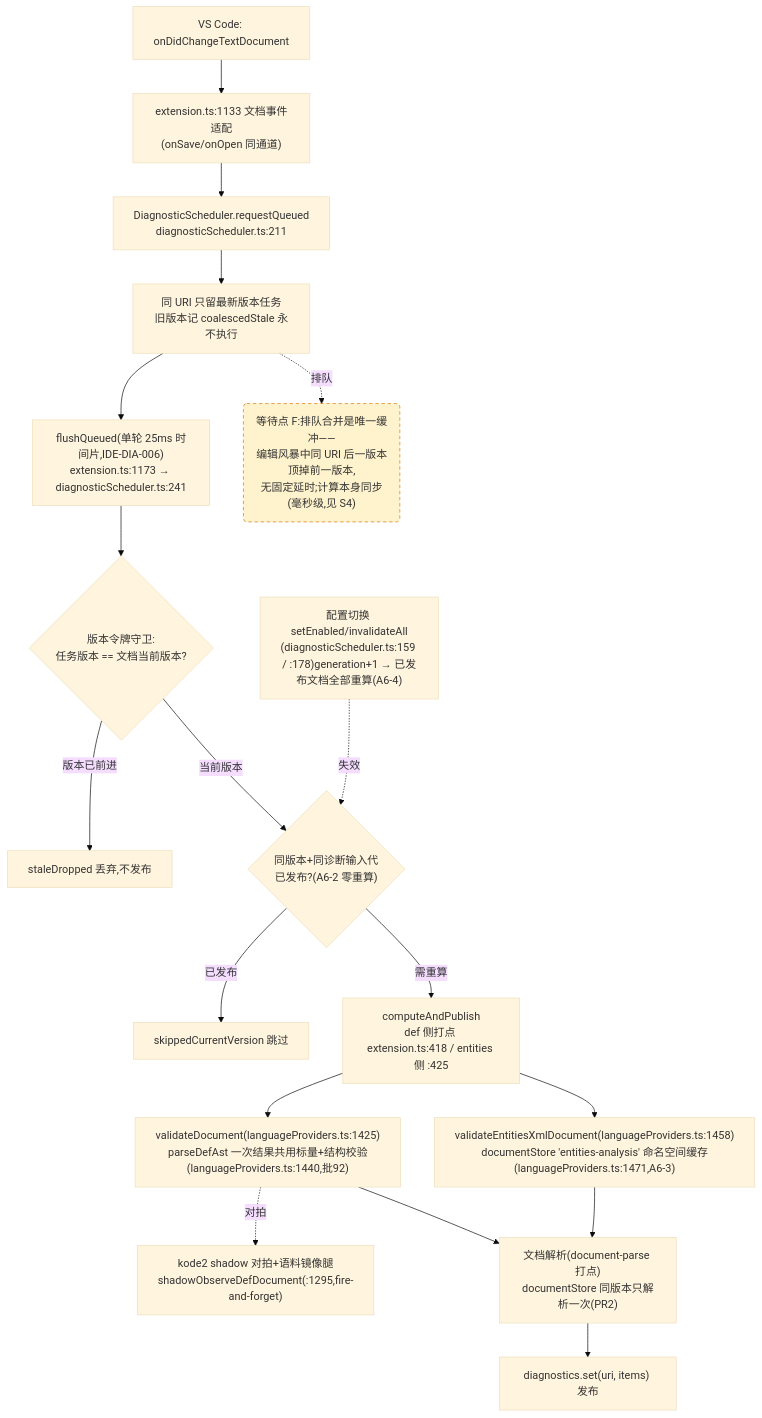
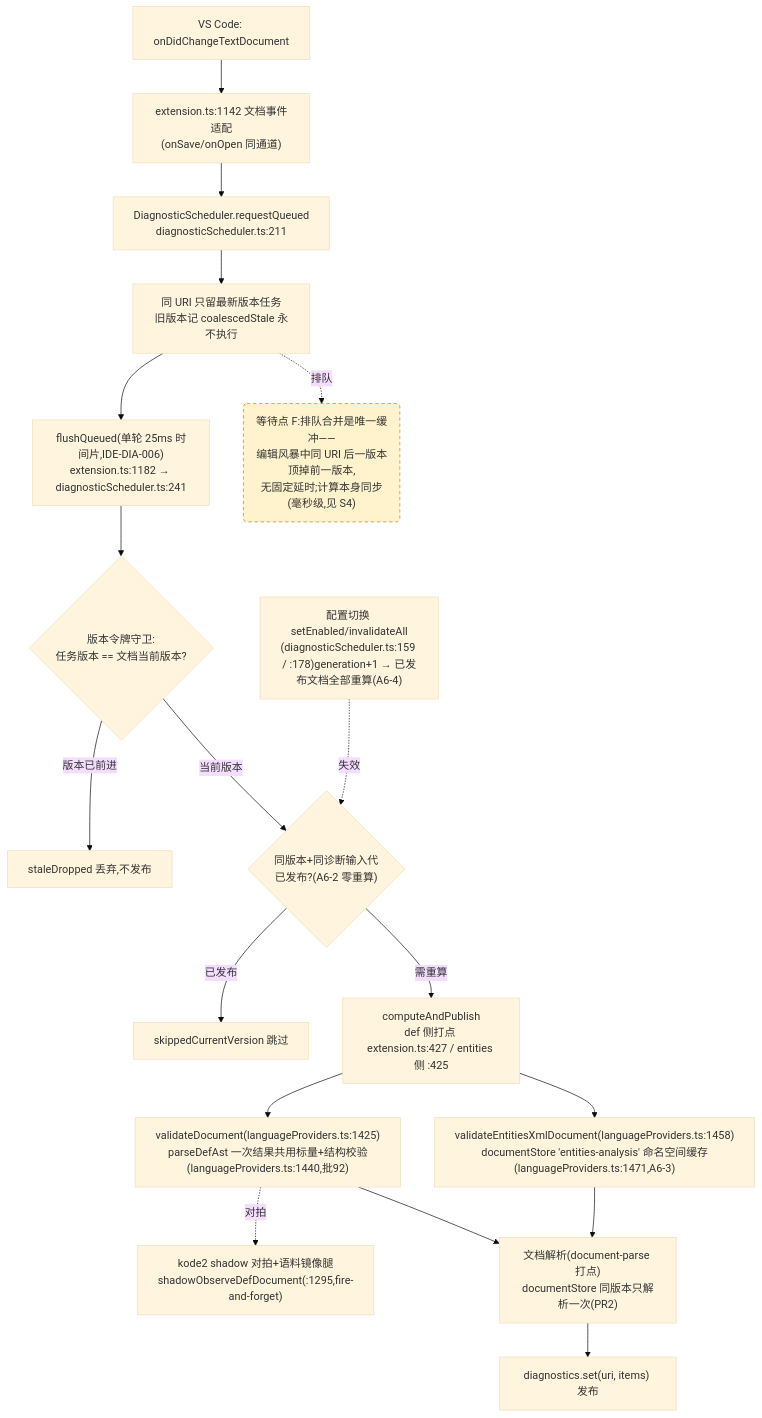
The fourth of 4 diagrams in docs/perf/2026-baseline.md (cuihairu/kode), drawn with Mermaid (base theme) before and after one commit. The commit also changed other lines of this file and 22 other files, not shown here.

````diff
--- a/docs/perf/2026-baseline.md
+++ b/docs/perf/2026-baseline.md
@@ -214,38 +214,38 @@
 ```mermaid
 flowchart TD
   CHG["VS Code: onDidChangeTextDocument"]
-  WATCH["extension.ts:1133 文档事件适配<br/>(onSave/onOpen 同通道)"]
+  WATCH["extension.ts:1142 文档事件适配<br/>(onSave/onOpen 同通道)"]
   RQ["DiagnosticScheduler.requestQueued<br/>diagnosticScheduler.ts:211"]
   CO["同 URI 只留最新版本任务<br/>旧版本记 coalescedStale 永不执行"]
-  FL["flushQueued(单轮 25ms 时间片,IDE-DIA-006)<br/>extension.ts:1173 → diagnosticScheduler.ts:241"]
+  FL["flushQueued(单轮 25ms 时间片,IDE-DIA-006)<br/>extension.ts:1182 → diagnosticScheduler.ts:241"]
   VG{"版本令牌守卫:<br/>任务版本 == 文档当前版本?"}
   DROP["staleDropped 丢弃,不发布"]
   GEN{"同版本+同诊断输入代<br/>已发布?(A6-2 零重算)"}
   SKIP["skippedCurrentVersion 跳过"]
-  CALC["computeAndPublish<br/>def 侧打点 extension.ts:418 / entities 侧 :425"]
+  CALC["computeAndPublish<br/>def 侧打点 extension.ts:427 / entities 侧 :425"]
   VD["validateDocument(languageProviders.ts:1425)<br/>parseDefAst 一次结果共用标量+结构校验(languageProviders.ts:1440,批92)"]
   VEX["validateEntitiesXmlDocument(languageProviders.ts:1458)<br/>documentStore 'entities-analysis' 命名空间缓存(languageProviders.ts:1471,A6-3)"]
   SHDD["kode2 shadow 对拍+语料镜像腿<br/>shadowObserveDefDocument(:1295,fire-and-forget)"]
   DS["文档解析(document-parse 打点)<br/>documentStore 同版本只解析一次(PR2)"]
   PUB["diagnostics.set(uri, items) 发布"]
   CFG2["配置切换 setEnabled/invalidateAll<br/>(diagnosticScheduler.ts:159 / :178)generation+1 → 已发布文档全部重算(A6-4)"]
 
   CHG --> WATCH --> RQ --> CO --> FL --> VG
   VG -- "版本已前进" --> DROP
   VG -- "当前版本" --> GEN
   GEN -- "已发布" --> SKIP
   GEN -- "需重算" --> CALC
   CALC --> VD
   CALC --> VEX
   VD --> DS
   VEX --> DS
   DS --> PUB
   VD -.->|对拍| SHDD
   CFG2 -.->|失效| GEN
 
   WAITF("等待点 F:排队合并是唯一缓冲——<br/>编辑风暴中同 URI 后一版本顶掉前一版本,<br/>无固定延时;计算本身同步(毫秒级,见 S4)")
   CO -.->|排队| WAITF
 
   classDef waitPoint fill:#fff3cd,stroke:#d97706,stroke-dasharray:5 4;
   class WAITF waitPoint;
 ```
````
